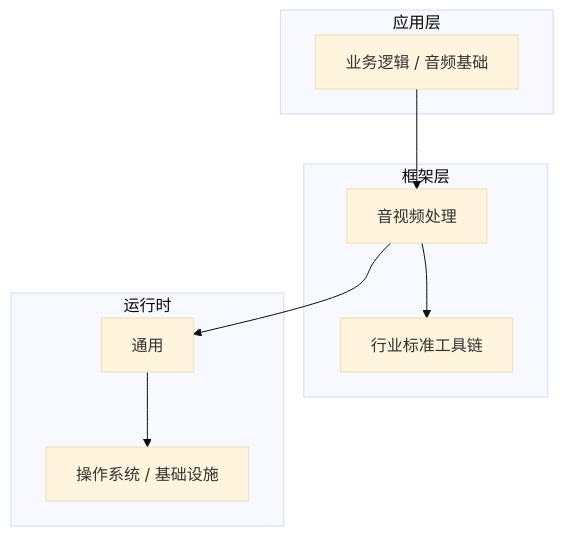
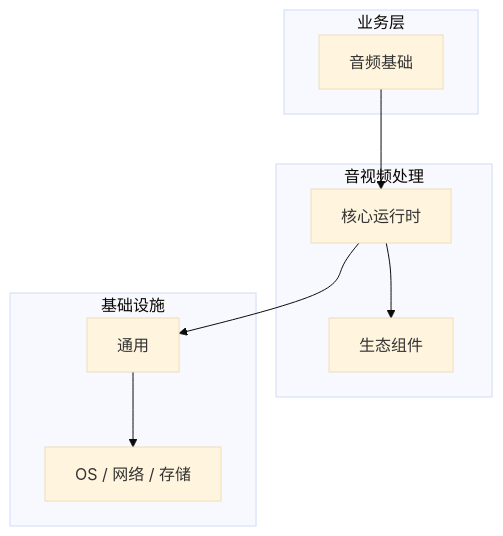
Before and after one commit to yanggan2015/knowledge-json-v2: the diagram in articles/音视频处理/chapters/006-音频基础核心概念与原理.md, drawn with Mermaid (base theme). The commit also changed other lines of this file and 10127 other files, not shown here.

````diff
--- a/articles/音视频处理/chapters/006-音频基础核心概念与原理.md
+++ b/articles/音视频处理/chapters/006-音频基础核心概念与原理.md
@@ -45,18 +30,18 @@
 ```mermaid
 graph TB
-    subgraph 应用层
-        A[业务逻辑 / 音频基础]
+    subgraph 业务层
+        A[音频基础]
     end
-    subgraph 框架层
-        B[音视频处理]
-        C[行业标准工具链]
+    subgraph 音视频处理
+        B[核心运行时]
+        C[生态组件]
     end
-    subgraph 运行时
+    subgraph 基础设施
         D[通用]
-        E[操作系统 / 基础设施]
+        E[OS / 网络 / 存储]
     end
     A --> B
     B --> C
     B --> D
     D --> E
 ```
````
